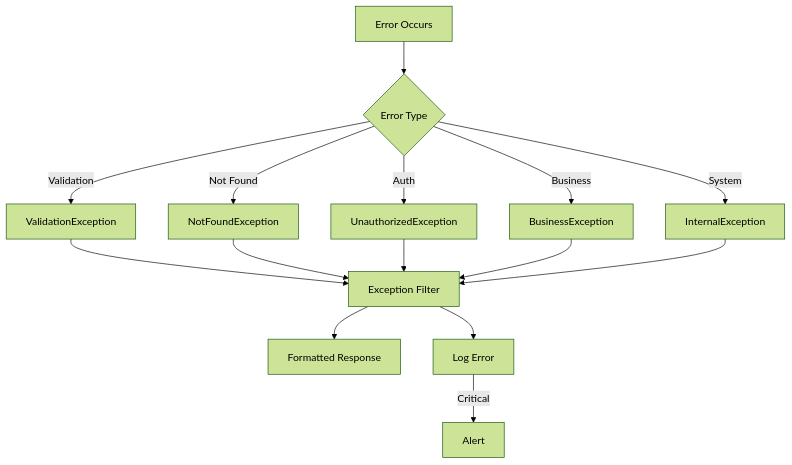
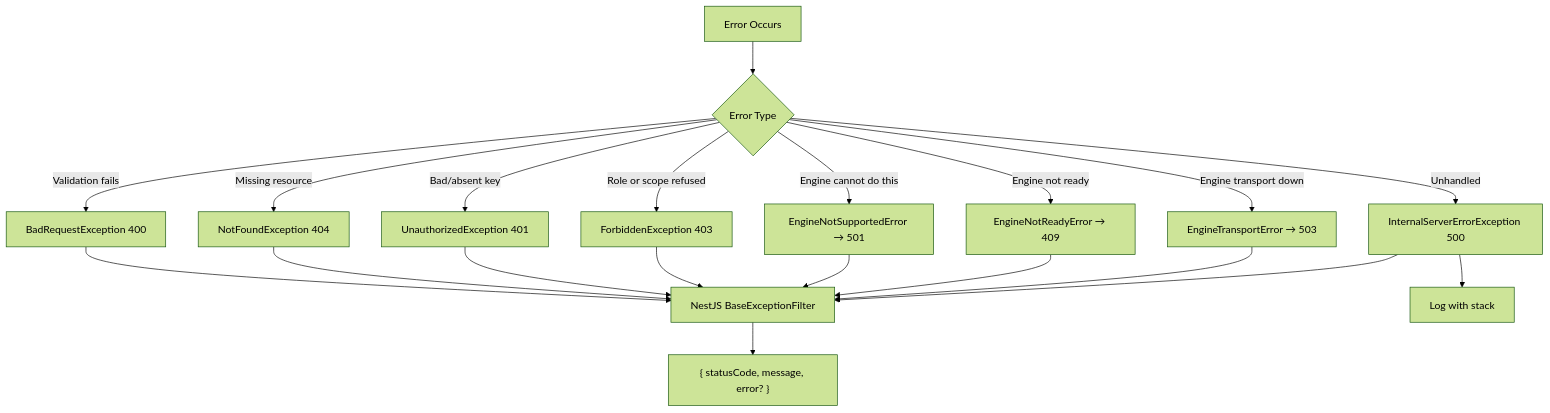
One commit to suryansh-business-work/duncit-all changed diagram 18 of 24 in portals/crm/open-wa-server/docs/03-system-architecture.md. Above: the diagram before and after it, drawn with Mermaid (forest theme). The commit also changed other lines of this file and 2547 other files, not shown here.

````diff
--- a/portals/crm/open-wa-server/docs/03-system-architecture.md
+++ b/portals/crm/open-wa-server/docs/03-system-architecture.md
@@ -801,21 +777,25 @@
 ```mermaid
 flowchart TB
     E[Error Occurs] --> T{Error Type}
-    
-    T -->|Validation| V[ValidationException]
-    T -->|Not Found| N[NotFoundException]
-    T -->|Auth| A[UnauthorizedException]
-    T -->|Business| B[BusinessException]
-    T -->|System| S[InternalException]
-    
-    V --> F[Exception Filter]
+
+    T -->|Validation fails| V[BadRequestException 400]
+    T -->|Missing resource| N[NotFoundException 404]
+    T -->|Bad/absent key| A[UnauthorizedException 401]
+    T -->|Role or scope refused| FB[ForbiddenException 403]
+    T -->|Engine cannot do this| NI[EngineNotSupportedError → 501]
+    T -->|Engine not ready| C[EngineNotReadyError → 409]
+    T -->|Engine transport down| SU[EngineTransportError → 503]
+    T -->|Unhandled| S[InternalServerErrorException 500]
+
+    V --> F[NestJS BaseExceptionFilter]
     N --> F
     A --> F
-    B --> F
+    FB --> F
+    NI --> F
+    C --> F
+    SU --> F
     S --> F
-    
-    F --> R[Formatted Response]
-    F --> L[Log Error]
-    
-    L -->|Critical| AL[Alert]
+
+    F --> R["{ statusCode, message, error? }"]
+    S --> L[Log with stack]
 ```
````
